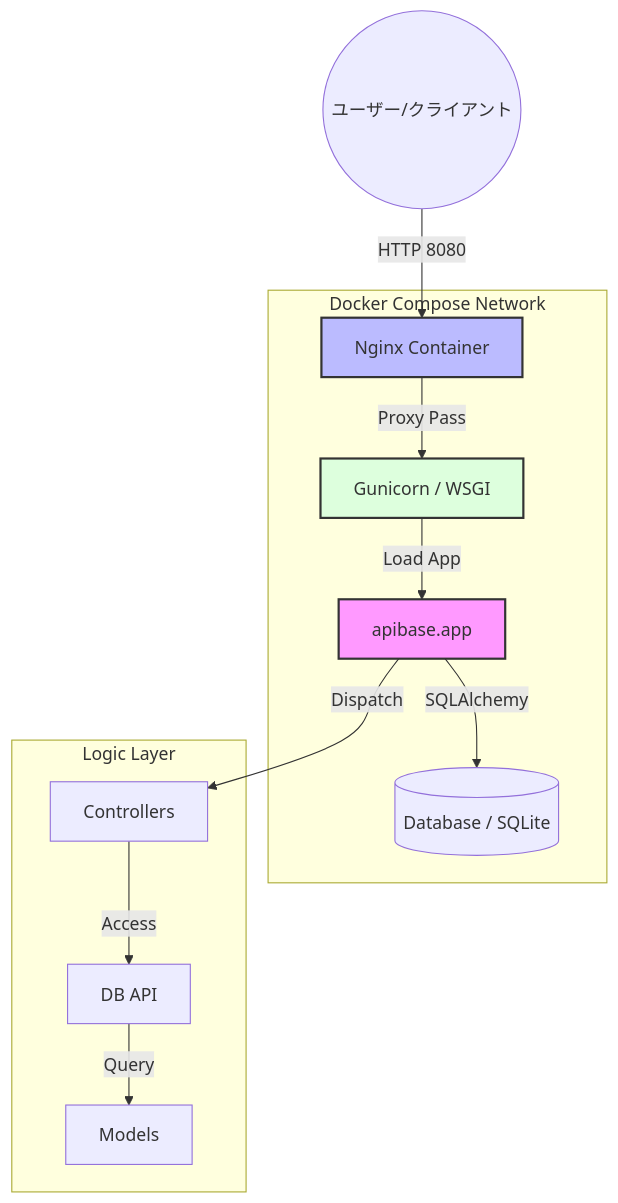
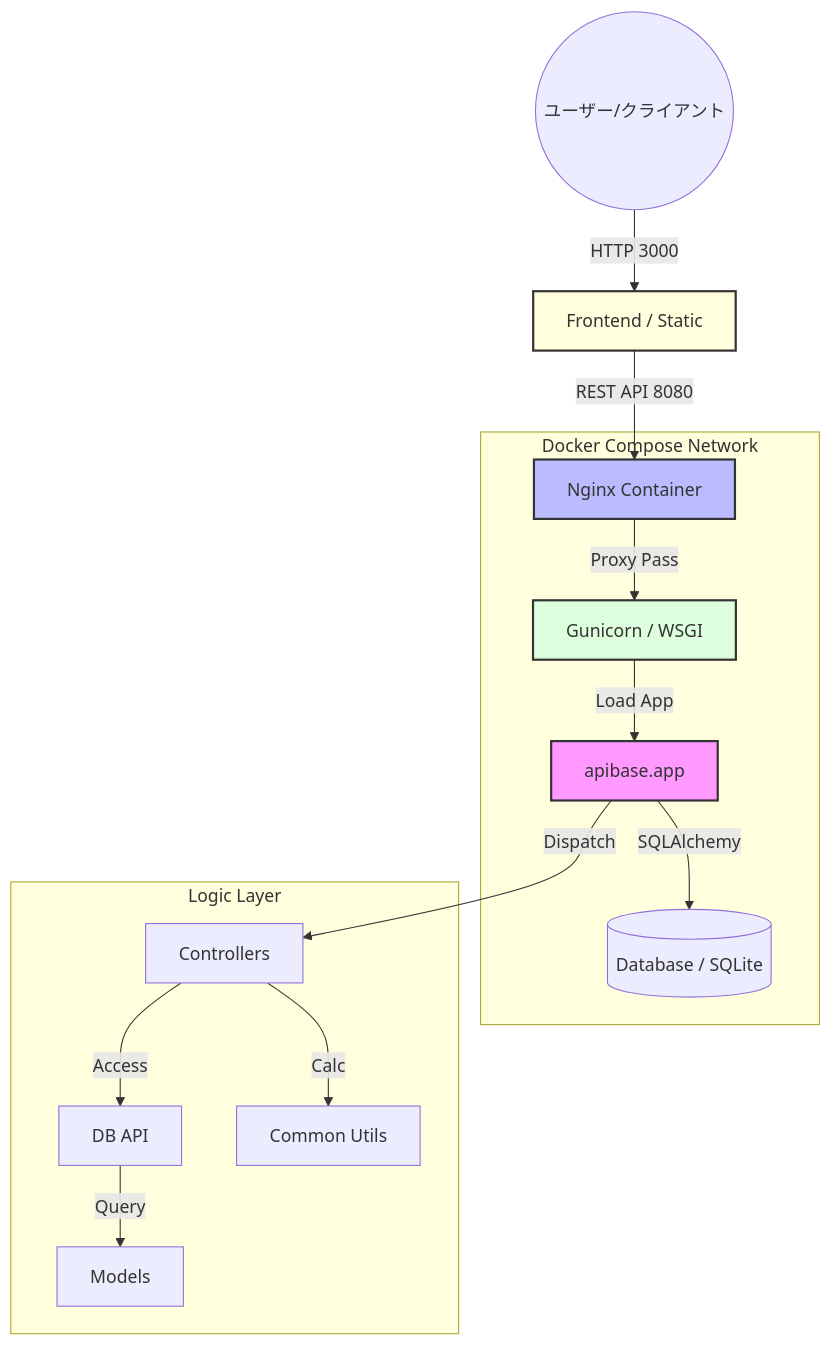
Before and after one commit to knishi/calorie-mgmt-api: the diagram in docs/ARCHITECTURE.md, drawn with Mermaid. The commit also changed other lines of this file and 23 other files, not shown here.

Commit message:
Implement Calorie Management API and Decoupled GUI (Phase 1-3)

````diff
--- a/docs/ARCHITECTURE.md
+++ b/docs/ARCHITECTURE.md
@@ -9,20 +9,23 @@
 ```mermaid
 graph TD
-    User((ユーザー/クライアント)) -->|HTTP 8080| Nginx[Nginx Container]
+    User((ユーザー/クライアント)) -->|HTTP 3000| GUI[Frontend / Static]
+    GUI -->|REST API 8080| Nginx[Nginx Container]
     
     subgraph "Docker Compose Network"
         Nginx -->|Proxy Pass| Gunicorn[Gunicorn / WSGI]
         Gunicorn -->|Load App| App[apibase.app]
         App -->|SQLAlchemy| DB[(Database / SQLite)]
     end
     
     subgraph "Logic Layer"
         App -->|Dispatch| Controllers[Controllers]
         Controllers -->|Access| DBApi[DB API]
+        Controllers -->|Calc| Utils[Common Utils]
         DBApi -->|Query| Models[Models]
     end
 
+    style GUI fill:#ffd,stroke:#333,stroke-width:2px
     style App fill:#f9f,stroke:#333,stroke-width:2px
     style Nginx fill:#bbf,stroke:#333,stroke-width:2px
     style Gunicorn fill:#dfd,stroke:#333,stroke-width:2px
 ```
````
